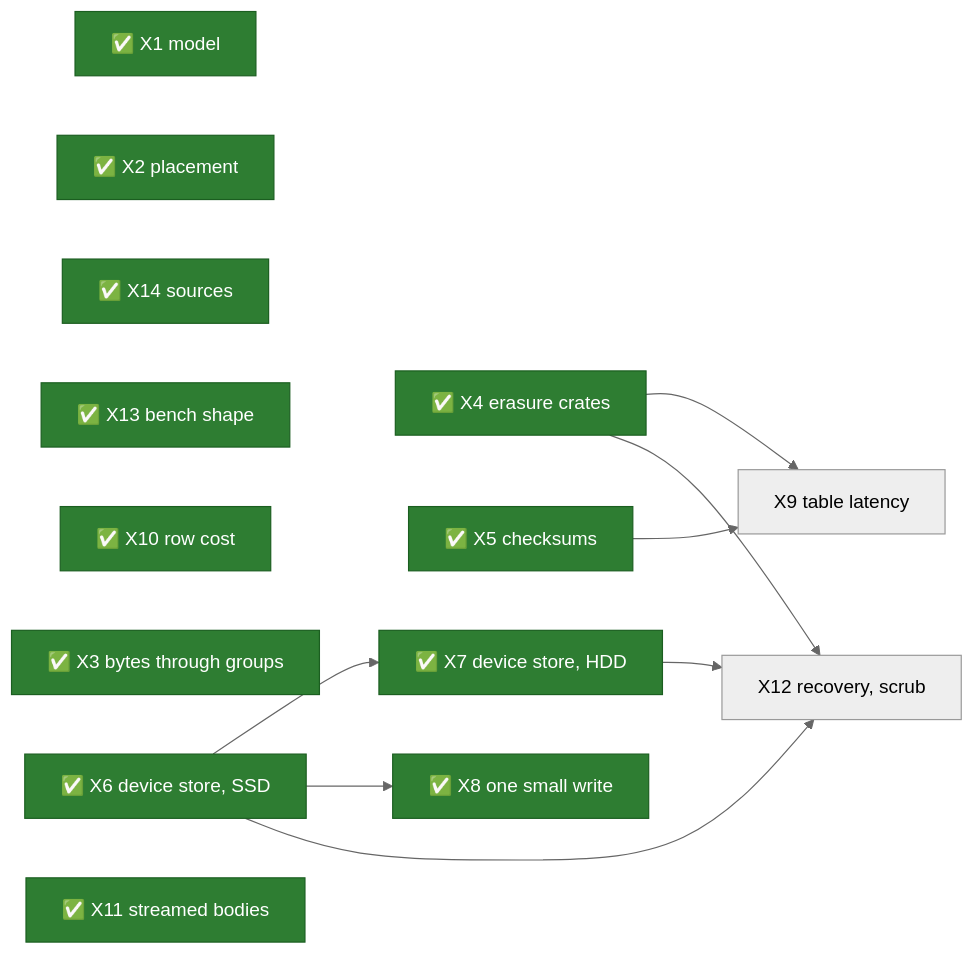
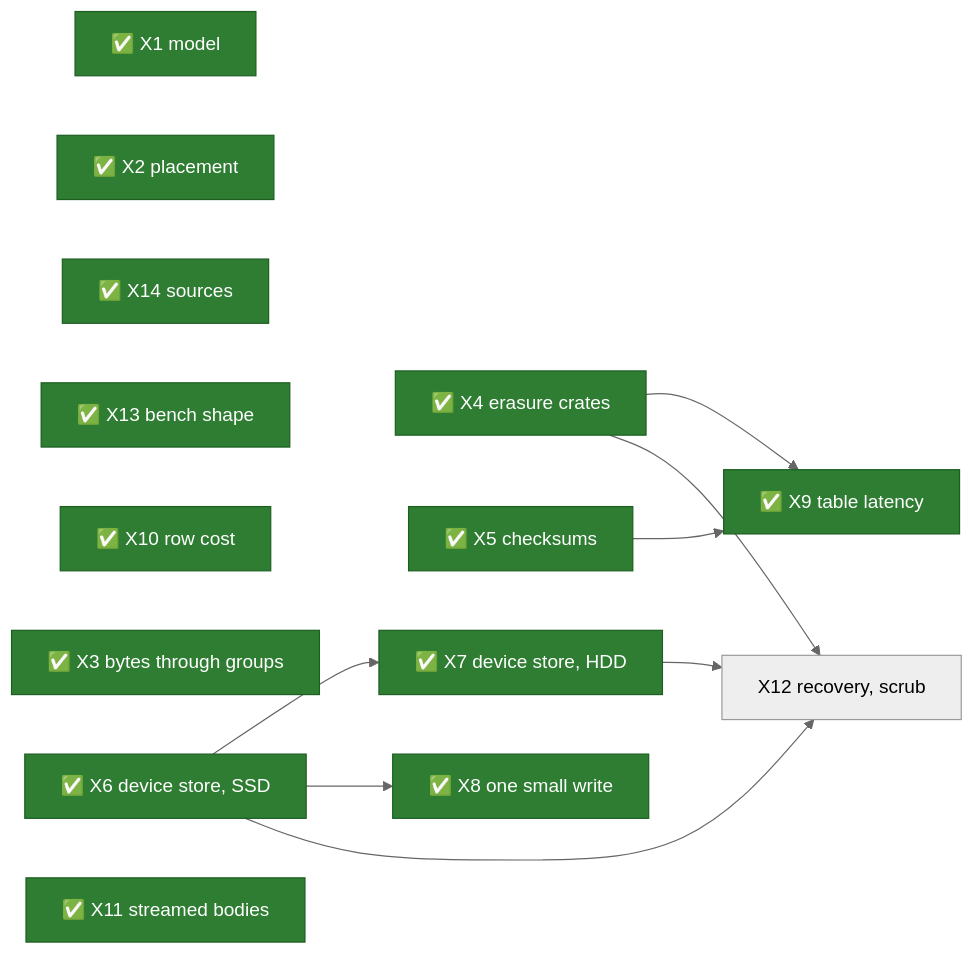
The diagram in docs/src/object-storage/spikes.md (mjcarson/shoal), drawn with Mermaid (neutral theme) before and after one commit. The commit also changed other lines of this file and 674 other files, not shown here.

````diff
--- a/docs/src/object-storage/spikes.md
+++ b/docs/src/object-storage/spikes.md
@@ -860,25 +881,25 @@
 ```mermaid
 flowchart LR
     classDef done fill:#2e7d32,stroke:#1b5e20,color:#ffffff
     X1["✅ X1 model"]:::done
     X2["✅ X2 placement"]:::done
     X14["✅ X14 sources"]:::done
     X13["✅ X13 bench shape"]:::done
     X10["✅ X10 row cost"]:::done
     X3["✅ X3 bytes through groups"]:::done
     X4["✅ X4 erasure crates"]:::done
     X5["✅ X5 checksums"]:::done
     X6["✅ X6 device store, SSD"]:::done
     X7["✅ X7 device store, HDD"]:::done
     X8["✅ X8 one small write"]:::done
-    X9["X9 table latency"]
+    X9["✅ X9 table latency"]:::done
     X11["✅ X11 streamed bodies"]:::done
     X12["X12 recovery, scrub"]
     X4 --> X9
     X5 --> X9
     X6 --> X7
     X6 --> X8
     X4 --> X12
     X6 --> X12
     X7 --> X12
 ```
````
